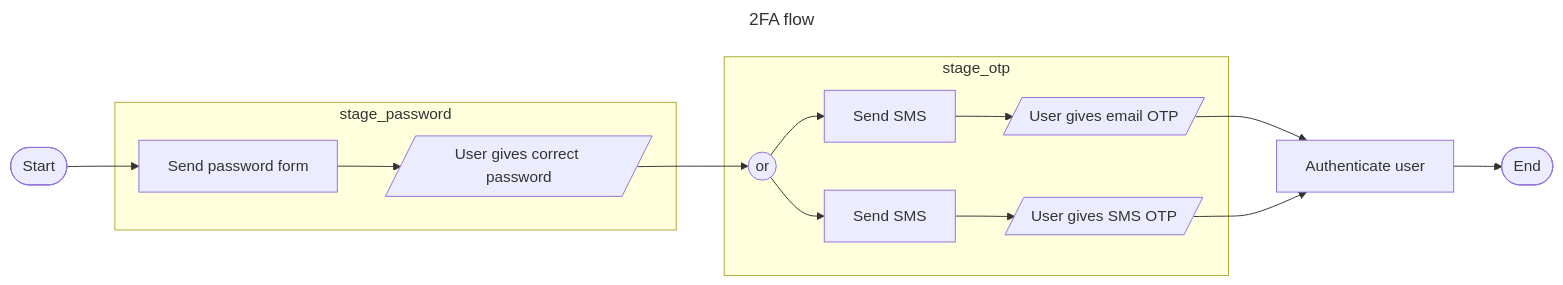
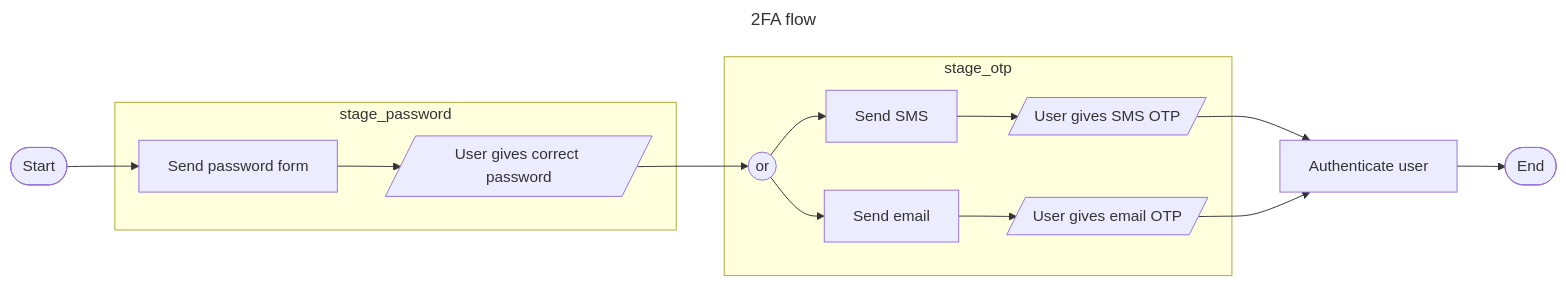
Before and after one commit to weareyipyip/charon_login: the diagram in README.md, drawn with Mermaid.

````diff
--- a/README.md
+++ b/README.md
@@ -52,31 +52,31 @@
 ```mermaid
 ---
 title: 2FA flow
 ---
 flowchart LR
       start([Start])
       stop([End])
       pw_form[Send password form]
       pw_in[/User gives correct password/]
       or((or))
       sms_start[Send SMS]
-      sms_in[/User gives email OTP/]
-      email_start[Send SMS]
-      email_in[/User gives SMS OTP/]
+      sms_in[/User gives SMS OTP/]
+      email_start[Send email]
+      email_in[/User gives email OTP/]
       auth[Authenticate user]
 
       start --> pw_form
       subgraph stage_password
       pw_form --> pw_in
       end
       subgraph stage_otp
       pw_in --> or
       or --> sms_start
       or --> email_start
       sms_start --> sms_in
       email_start --> email_in
       end
       sms_in --> auth
       email_in --> auth
       auth --> stop
 ```
````
